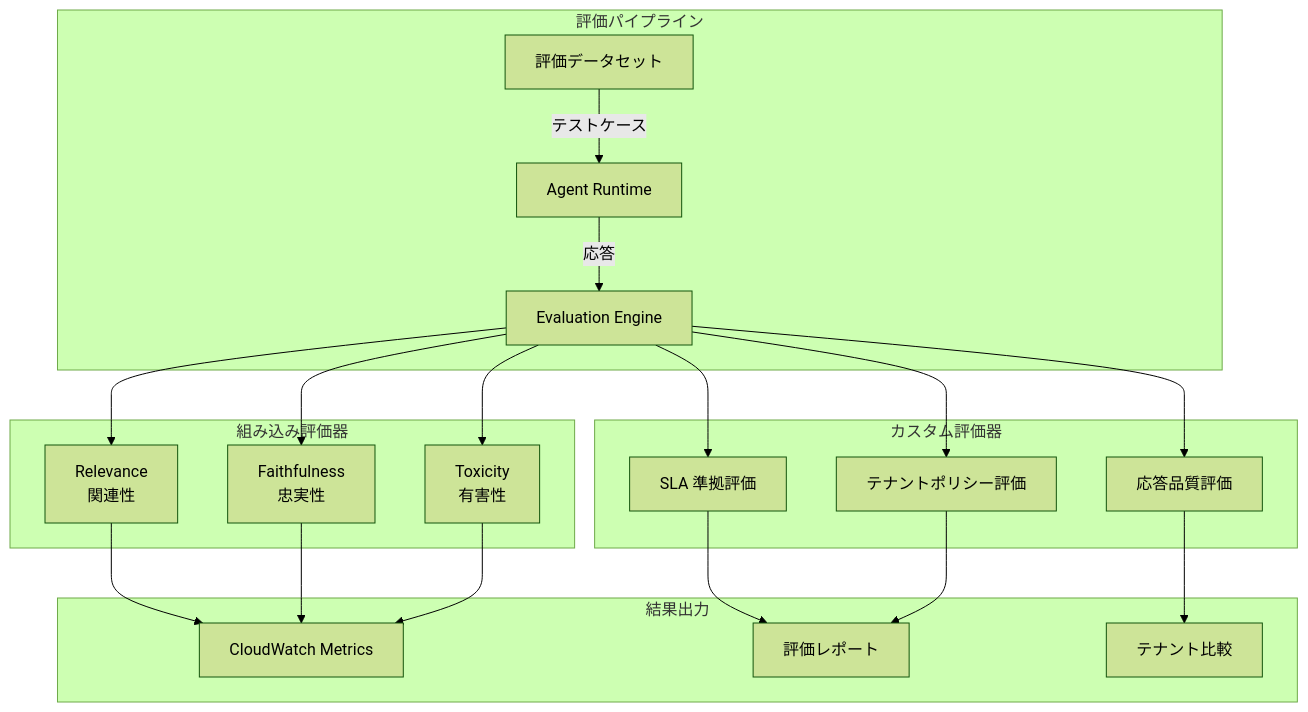
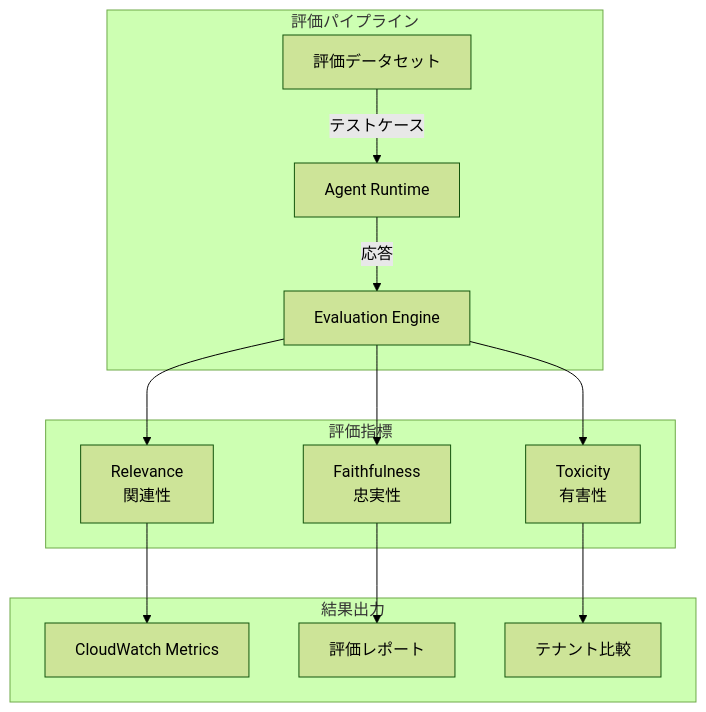
Before and after one commit to yaggytter/agentcore-multi-tenant-handson: the first of 2 diagrams in docs/10-evaluation.md, drawn with Mermaid (forest theme). The commit also changed other lines of this file and 49 other files, not shown here.

````diff
--- a/docs/10-evaluation.md
+++ b/docs/10-evaluation.md
@@ -18,41 +18,29 @@
 ```mermaid
 graph TB
     subgraph "評価パイプライン"
         DS[評価データセット]
         AGENT[Agent Runtime]
         EVAL_ENGINE[Evaluation Engine]
     end
 
-    subgraph "組み込み評価器"
+    subgraph "評価指標"
         REL[Relevance<br/>関連性]
         FAITH[Faithfulness<br/>忠実性]
         TOX[Toxicity<br/>有害性]
-    end
-
-    subgraph "カスタム評価器"
-        CUST1[SLA 準拠評価]
-        CUST2[テナントポリシー評価]
-        CUST3[応答品質評価]
     end
 
     subgraph "結果出力"
         CW[CloudWatch Metrics]
         REPORT[評価レポート]
         COMPARE[テナント比較]
     end
 
     DS -->|テストケース| AGENT
     AGENT -->|応答| EVAL_ENGINE
     EVAL_ENGINE --> REL
     EVAL_ENGINE --> FAITH
     EVAL_ENGINE --> TOX
-    EVAL_ENGINE --> CUST1
-    EVAL_ENGINE --> CUST2
-    EVAL_ENGINE --> CUST3
     REL --> CW
-    FAITH --> CW
-    TOX --> CW
-    CUST1 --> REPORT
-    CUST2 --> REPORT
-    CUST3 --> COMPARE
+    FAITH --> REPORT
+    TOX --> COMPARE
 ```
````
